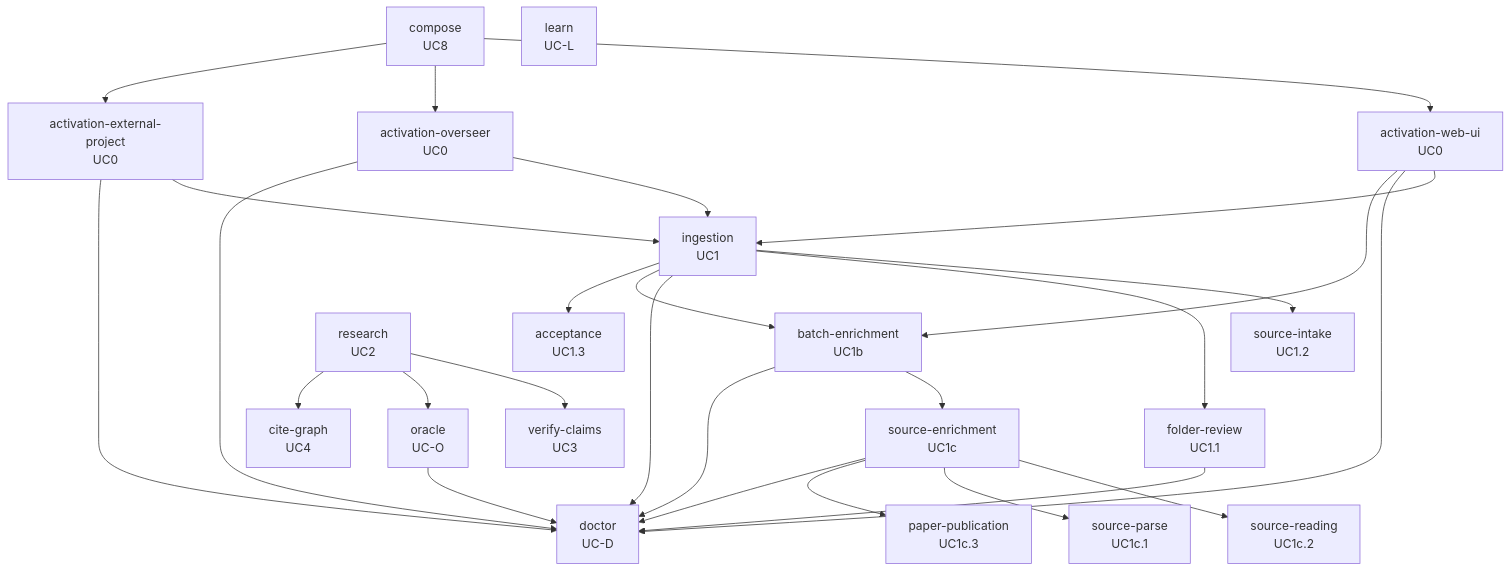
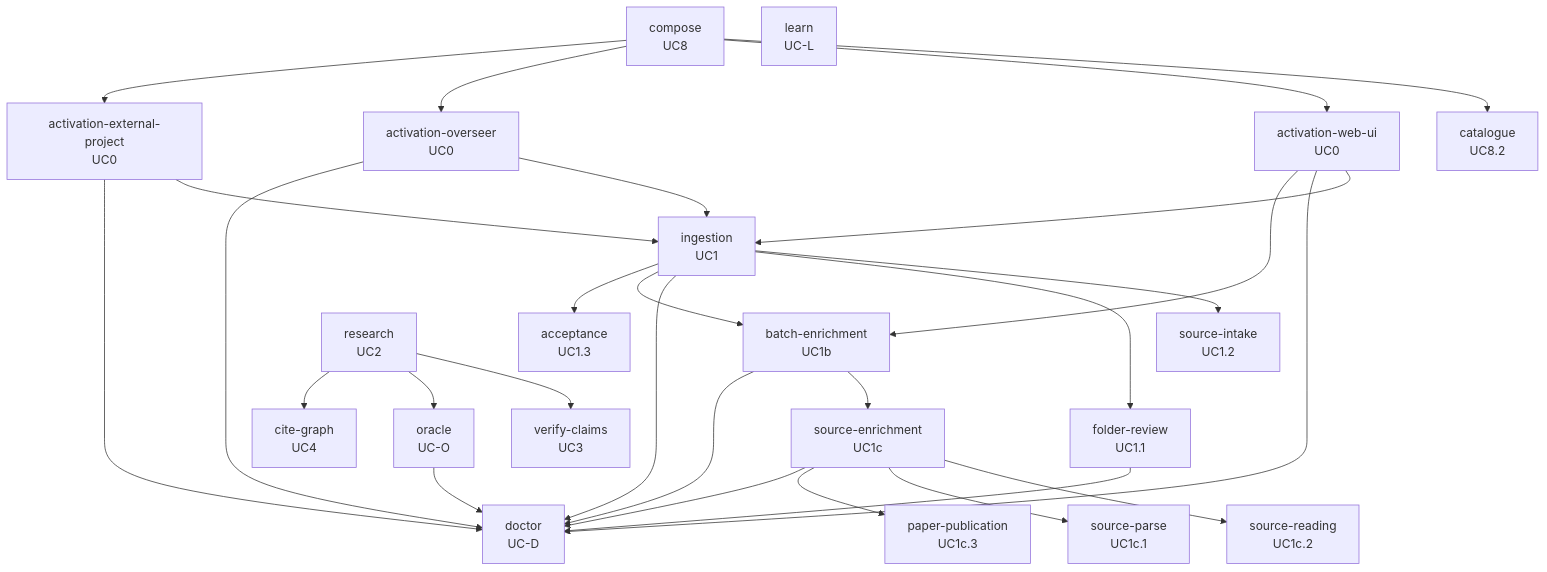
Before and after one commit to Jake36999/Librarian_V2: the diagram in reports/2026-11-25-systems-analysis-finalisation/librarian/to-be/composition.md, drawn with Mermaid. The commit also changed 101 other files, not shown here.

````diff
--- a/reports/2026-11-25-systems-analysis-finalisation/librarian/to-be/composition.md
+++ b/reports/2026-11-25-systems-analysis-finalisation/librarian/to-be/composition.md
@@ -5,48 +5,50 @@
 ```mermaid
 flowchart TD
   acceptance["acceptance<br/>UC1.3"]
   activation_external_project["activation-external-project<br/>UC0"]
   activation_overseer["activation-overseer<br/>UC0"]
   activation_web_ui["activation-web-ui<br/>UC0"]
   batch_enrichment["batch-enrichment<br/>UC1b"]
+  catalogue["catalogue<br/>UC8.2"]
   cite_graph["cite-graph<br/>UC4"]
   compose["compose<br/>UC8"]
   doctor["doctor<br/>UC-D"]
   folder_review["folder-review<br/>UC1.1"]
   ingestion["ingestion<br/>UC1"]
   learn["learn<br/>UC-L"]
   oracle["oracle<br/>UC-O"]
   paper_publication["paper-publication<br/>UC1c.3"]
   research["research<br/>UC2"]
   source_enrichment["source-enrichment<br/>UC1c"]
   source_intake["source-intake<br/>UC1.2"]
   source_parse["source-parse<br/>UC1c.1"]
   source_reading["source-reading<br/>UC1c.2"]
   verify_claims["verify-claims<br/>UC3"]
   activation_external_project --> doctor
   activation_external_project --> ingestion
   activation_overseer --> doctor
   activation_overseer --> ingestion
   activation_web_ui --> batch_enrichment
   activation_web_ui --> doctor
   activation_web_ui --> ingestion
   batch_enrichment --> doctor
   batch_enrichment --> source_enrichment
   compose --> activation_external_project
   compose --> activation_overseer
   compose --> activation_web_ui
+  compose --> catalogue
   folder_review --> doctor
   ingestion --> acceptance
   ingestion --> batch_enrichment
   ingestion --> doctor
   ingestion --> folder_review
   ingestion --> source_intake
   oracle --> doctor
   research --> cite_graph
   research --> oracle
   research --> verify_claims
   source_enrichment --> doctor
   source_enrichment --> paper_publication
   source_enrichment --> source_parse
   source_enrichment --> source_reading
 ```
````
